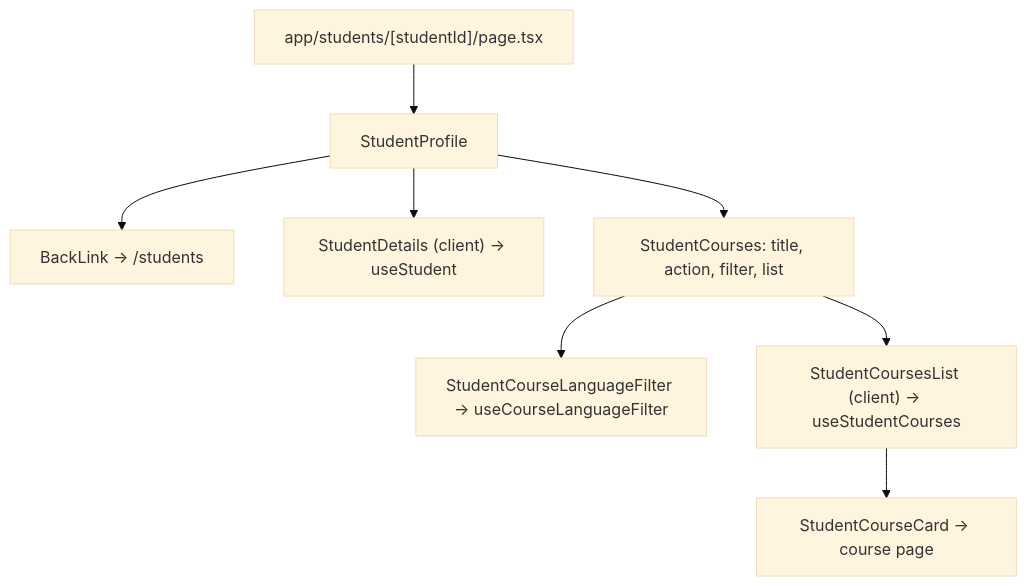
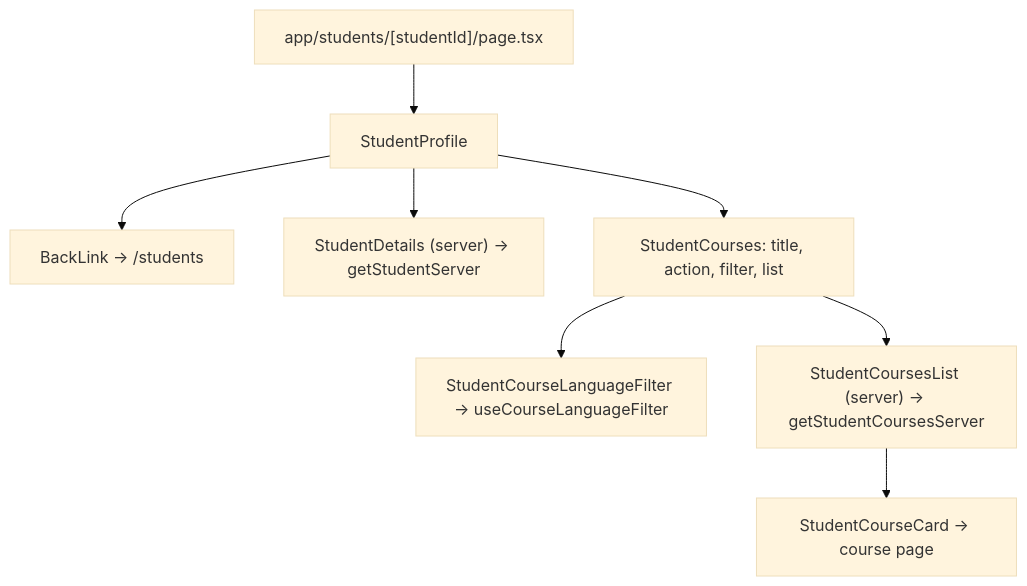
Before and after one commit to KaterynaKocheharova/Practice-app: the first of 4 diagrams in front/src/docs/student-courses.md, drawn with Mermaid (base theme). The commit also changed other lines of this file and 178 other files, not shown here.

````diff
--- a/front/src/docs/student-courses.md
+++ b/front/src/docs/student-courses.md
@@ -33,10 +33,10 @@
 ```mermaid
 flowchart TD
   Page["app/students/[studentId]/page.tsx"] --> Profile[StudentProfile]
   Profile --> Back["BackLink → /students"]
-  Profile --> Details["StudentDetails (client) → useStudent"]
+  Profile --> Details["StudentDetails (server) → getStudentServer"]
   Profile --> Courses["StudentCourses: title, action, filter, list"]
   Courses --> Filter["StudentCourseLanguageFilter → useCourseLanguageFilter"]
-  Courses --> List["StudentCoursesList (client) → useStudentCourses"]
+  Courses --> List["StudentCoursesList (server) → getStudentCoursesServer"]
   List --> Card["StudentCourseCard → course page"]
 ```
````
